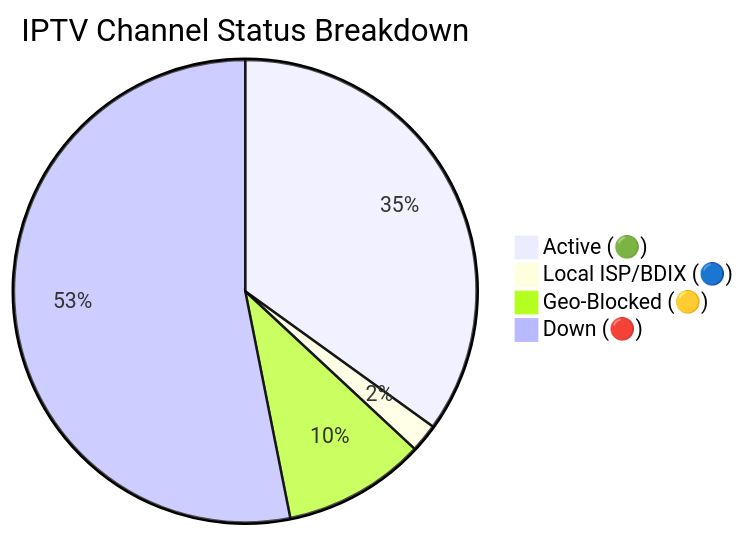
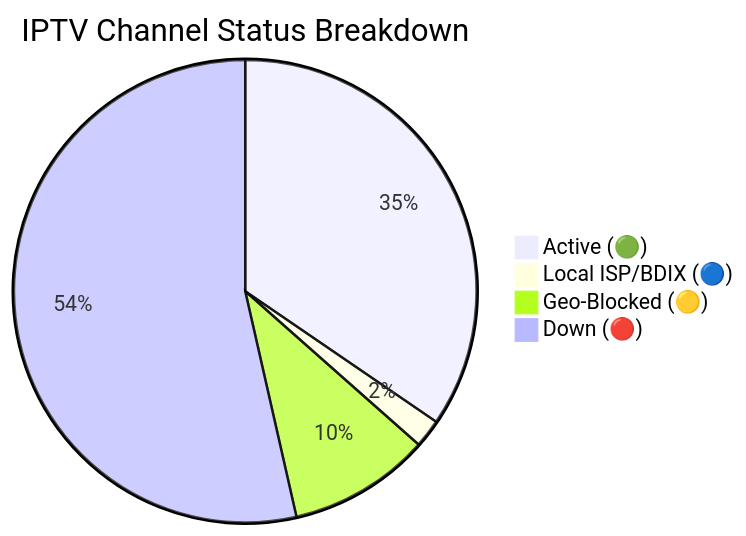
Before and after one commit to andreataylord/Ip-tv-Collection: the diagram in README.md, drawn with Mermaid. The commit also changed other lines of this file and 1 other file, not shown here.

Commit message:
docs(readme): auto-update daily channel status chart

````diff
--- a/README.md
+++ b/README.md
@@ -59,7 +59,7 @@
 ```mermaid
 pie title IPTV Channel Status Breakdown
-    "Active (🟢)" : 2255
+    "Active (🟢)" : 2229
     "Local ISP/BDIX (🔵)" : 128
-    "Geo-Blocked (🟡)" : 642
-    "Down (🔴)" : 3428
+    "Geo-Blocked (🟡)" : 640
+    "Down (🔴)" : 3456
 ```
````
